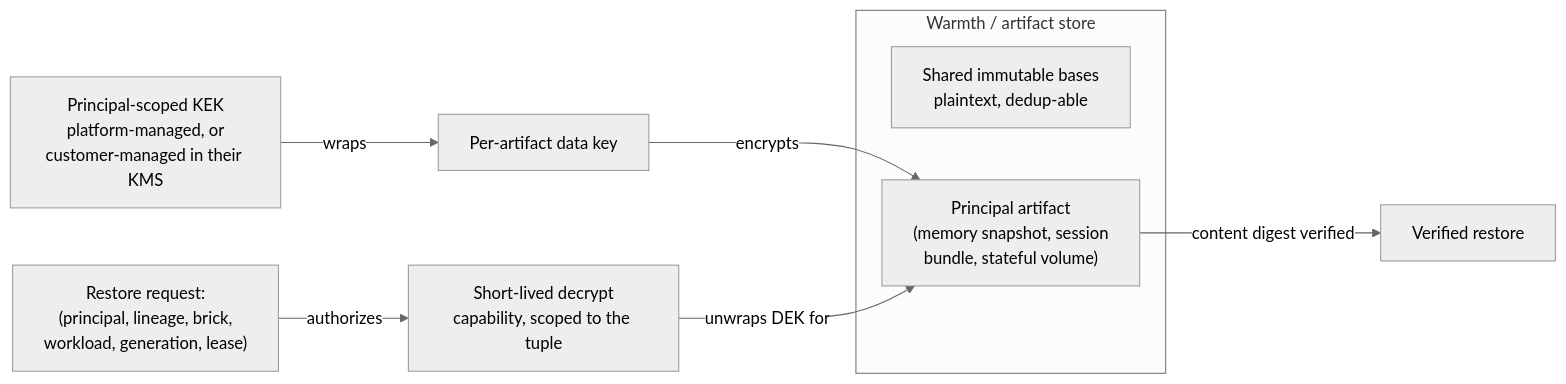
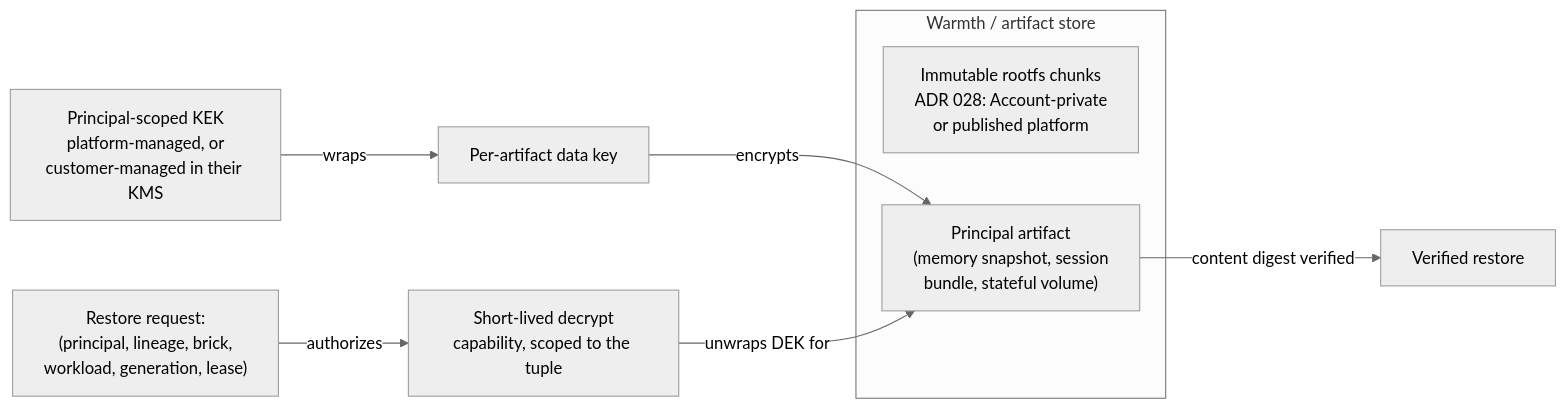
The diagram in docs/decisions/embervm/033-substrate-threat-model-conformance-encryption-at-rest.md (jomcgi-org/homelab), drawn with Mermaid (neutral theme) before and after one commit. The commit also changed other lines of this file and 11 other files, not shown here.

Commit message:
feat(embervm): define eager account rootfs chunks

````diff
--- a/docs/decisions/embervm/033-substrate-threat-model-conformance-encryption-at-rest.md
+++ b/docs/decisions/embervm/033-substrate-threat-model-conformance-encryption-at-rest.md
@@ -160,15 +164,15 @@
 ```mermaid
 graph LR
     subgraph store ["Warmth / artifact store"]
-        BASE[Shared immutable bases<br/>plaintext, dedup-able]
+        BASE[Immutable rootfs chunks<br/>ADR 028: Account-private<br/>or published platform]
         ART["Principal artifact<br/>(memory snapshot, session<br/>bundle, stateful volume)"]
     end
     KEK["Principal-scoped KEK<br/>platform-managed, or<br/>customer-managed in their KMS"]
     DEK["Per-artifact data key"]
     KEK -->|wraps| DEK
     DEK -->|encrypts| ART
     TUPLE["Restore request:<br/>(principal, lineage, brick,<br/>workload, generation, lease)"]
     TUPLE -->|authorizes| CAP["Short-lived decrypt<br/>capability, scoped to the tuple"]
     CAP -->|unwraps DEK for| ART
     ART -->|content digest verified| RESTORE[Verified restore]
 ```
````
